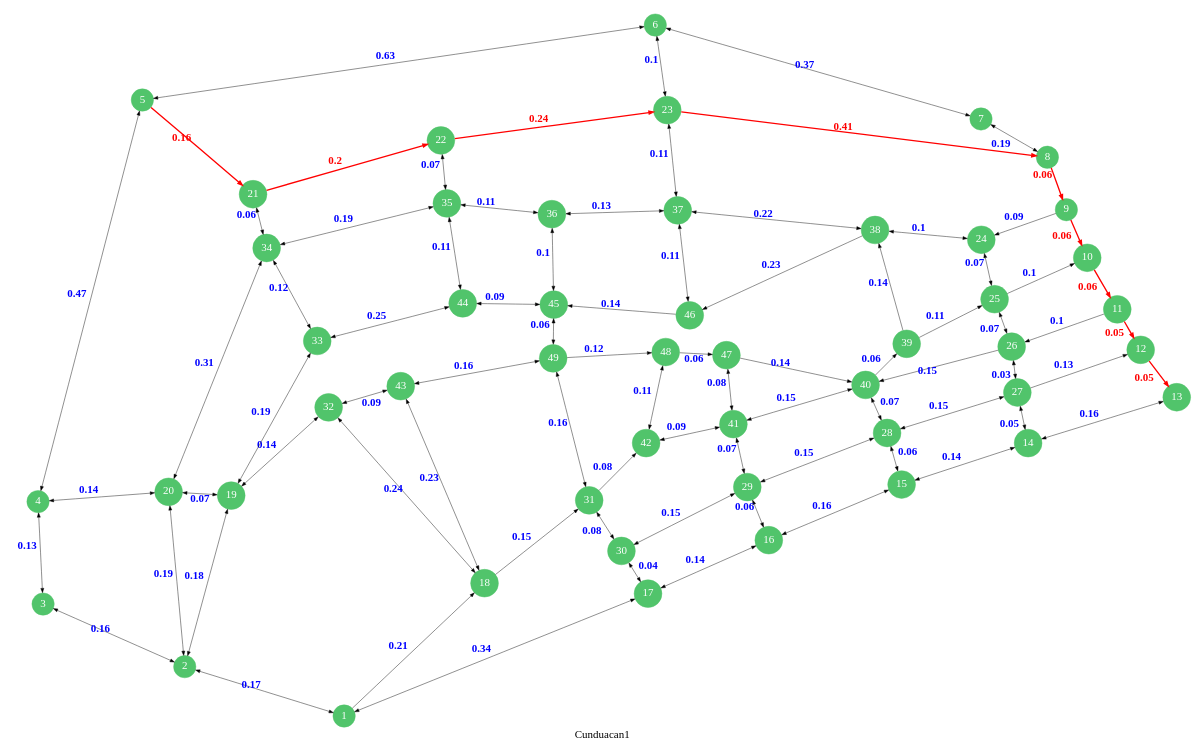
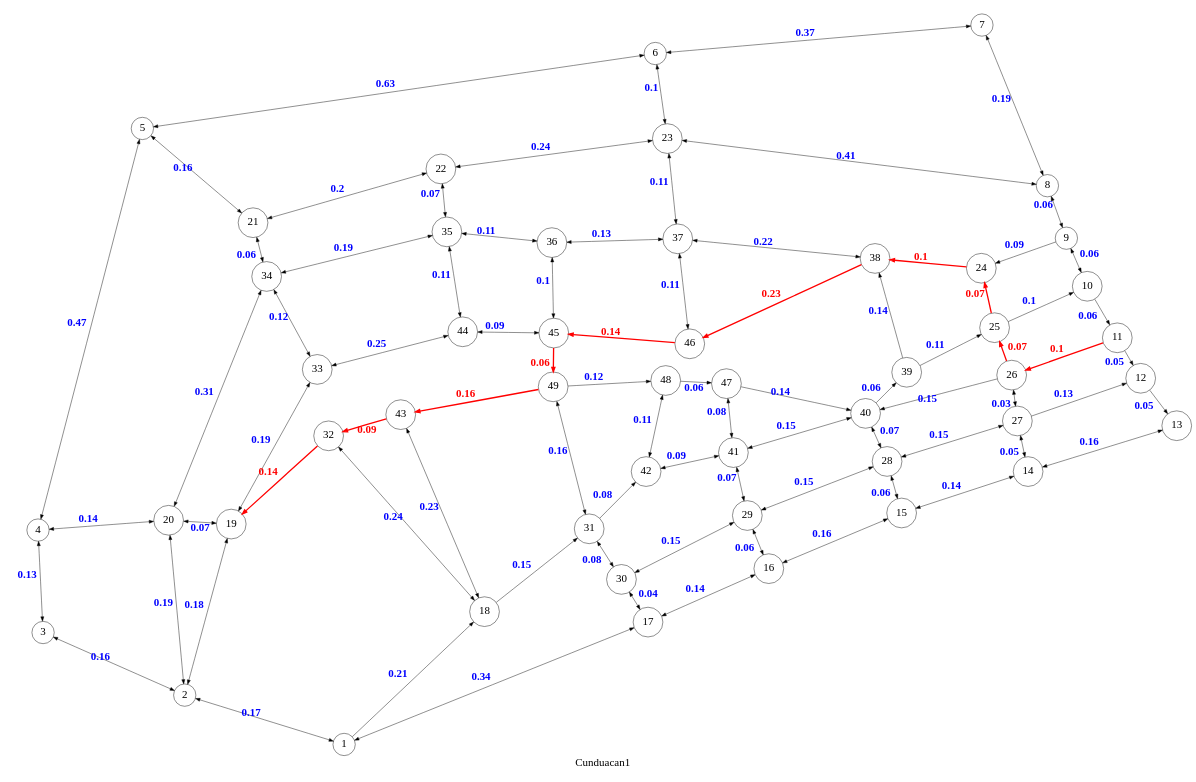
Before and after one commit to jesusmanueldl/mate_discretas_grafos: the diagram in grafo.dot, drawn with Graphviz. The commit also changed 5 other files, not shown here.

```diff
--- a/grafo.dot
+++ b/grafo.dot
@@ -1,138 +1,138 @@
 digraph G
 {
-	node [shape=circle, fontsize=25, style=filled, color="#51c46b", fontcolor="white", fontname="Impact"];
+	node [shape=circle, fontsize=25];
 	layout="neato";
 	size="10,10"
 1 [pos="10.99,-23.18!"]
 2 [pos="5.95,-21.62!"]
 3 [pos="1.47,-19.64!"]
 4 [pos="1.31,-16.40!"]
 5 [pos="4.61,-3.70!"]
 6 [pos="20.83,-1.33!"]
-7 [pos="31.13,-4.30!"]
+7 [pos="31.16,-0.43!"]
 8 [pos="33.23,-5.51!"]
 9 [pos="33.83,-7.17!"]
 10 [pos="34.49,-8.69!"]
 11 [pos="35.44,-10.32!"]
 12 [pos="36.18,-11.60!"]
 13 [pos="37.32,-13.10!"]
 14 [pos="32.62,-14.55!"]
 15 [pos="28.62,-15.86!"]
 16 [pos="24.42,-17.62!"]
 17 [pos="20.60,-19.31!"]
 18 [pos="15.43,-18.98!"]
 19 [pos="7.42,-16.21!"]
 20 [pos="5.44,-16.09!"]
 21 [pos="8.11,-6.68!"]
 22 [pos="14.05,-4.98!"]
 23 [pos="21.21,-4.02!"]
 24 [pos="31.14,-8.12!"]
 25 [pos="31.56,-10.00!"]
 26 [pos="32.10,-11.50!"]
 27 [pos="32.28,-12.95!"]
 28 [pos="28.16,-14.23!"]
 29 [pos="23.74,-15.94!"]
 30 [pos="19.76,-17.96!"]
 31 [pos="18.74,-16.36!"]
 32 [pos="10.50,-13.42!"]
 33 [pos="10.14,-11.32!"]
 34 [pos="8.54,-8.38!"]
 35 [pos="14.24,-6.97!"]
 36 [pos="17.56,-7.31!"]
 37 [pos="21.54,-7.19!"]
 38 [pos="27.78,-7.81!"]
 39 [pos="28.78,-11.41!"]
 40 [pos="27.48,-12.71!"]
 41 [pos="23.30,-13.95!"]
 42 [pos="20.54,-14.55!"]
 43 [pos="12.78,-12.75!"]
 44 [pos="14.74,-10.13!"]
 45 [pos="17.62,-10.17!"]
 46 [pos="21.92,-10.51!"]
 47 [pos="23.08,-11.77!"]
 48 [pos="21.16,-11.67!"]
 49 [pos="17.60,-11.87!"]
 	1 -> 2[fontcolor=blue label=0.17, dir="both", fontsize="25", fontname="times-bold"]
 	1 -> 18[fontcolor=blue label=0.21, fontsize="25", fontname="times-bold"]
 	1 -> 17[fontcolor=blue label=0.34, dir="both", fontsize="25", fontname="times-bold"]
 	2 -> 3[fontcolor=blue label=0.16, dir="both", fontsize="25", fontname="times-bold"]
 	2 -> 20[fontcolor=blue label=0.19, dir="both", fontsize="25", fontname="times-bold"]
 	2 -> 19[fontcolor=blue label=0.18, dir="both", fontsize="25", fontname="times-bold"]
 	3 -> 4[fontcolor=blue label=0.13, dir="both", fontsize="25", fontname="times-bold"]
 	4 -> 20[fontcolor=blue label=0.14, dir="both", fontsize="25", fontname="times-bold"]
 	4 -> 5[fontcolor=blue label=0.47, dir="both", fontsize="25", fontname="times-bold"]
-	5 -> 21[fontcolor=blue label=0.16,fontcolor="red",fontsize="25", color="red", penwidth=3.0, fontname="times-bold"]
+	5 -> 21[fontcolor=blue label=0.16, dir="both", fontsize="25", fontname="times-bold"]
 	5 -> 6[fontcolor=blue label=0.63, dir="both", fontsize="25", fontname="times-bold"]
 	6 -> 23[fontcolor=blue label=0.1, dir="both", fontsize="25", fontname="times-bold"]
 	6 -> 7[fontcolor=blue label=0.37, dir="both", fontsize="25", fontname="times-bold"]
 	7 -> 8[fontcolor=blue label=0.19, dir="both", fontsize="25", fontname="times-bold"]
-	23 -> 8[fontcolor=blue label=0.41,fontcolor="red",fontsize="25", color="red", penwidth=3.0, fontname="times-bold"]
-	8 -> 9[fontcolor=blue label=0.06,fontcolor="red",fontsize="25", color="red", penwidth=3.0, fontname="times-bold"]
-	9 -> 10[fontcolor=blue label=0.06,fontcolor="red",fontsize="25", color="red", penwidth=3.0, fontname="times-bold"]
+	8 -> 23[fontcolor=blue label=0.41, dir="both", fontsize="25", fontname="times-bold"]
+	8 -> 9[fontcolor=blue label=0.06, dir="both", fontsize="25", fontname="times-bold"]
+	9 -> 10[fontcolor=blue label=0.06, dir="both", fontsize="25", fontname="times-bold"]
 	9 -> 24[fontcolor=blue label=0.09, fontsize="25", fontname="times-bold"]
-	10 -> 11[fontcolor=blue label=0.06,fontcolor="red",fontsize="25", color="red", penwidth=3.0, fontname="times-bold"]
-	11 -> 12[fontcolor=blue label=0.05,fontcolor="red",fontsize="25", color="red", penwidth=3.0, fontname="times-bold"]
-	11 -> 26[fontcolor=blue label=0.1, fontsize="25", fontname="times-bold"]
-	12 -> 13[fontcolor=blue label=0.05,fontcolor="red",fontsize="25", color="red", penwidth=3.0, fontname="times-bold"]
+	10 -> 11[fontcolor=blue label=0.06, fontsize="25", fontname="times-bold"]
+	11 -> 12[fontcolor=blue label=0.05, fontsize="25", fontname="times-bold"]
+	11 -> 26[fontcolor=blue label=0.1,fontcolor="red",fontsize="25", color="red", penwidth=3.0, fontname="times-bold"]
+	12 -> 13[fontcolor=blue label=0.05, fontsize="25", fontname="times-bold"]
 	13 -> 14[fontcolor=blue label=0.16, dir="both", fontsize="25", fontname="times-bold"]
 	14 -> 15[fontcolor=blue label=0.14, dir="both", fontsize="25", fontname="times-bold"]
 	14 -> 27[fontcolor=blue label=0.05, dir="both", fontsize="25", fontname="times-bold"]
 	15 -> 16[fontcolor=blue label=0.16, dir="both", fontsize="25", fontname="times-bold"]
 	15 -> 28[fontcolor=blue label=0.06, dir="both", fontsize="25", fontname="times-bold"]
 	16 -> 17[fontcolor=blue label=0.14, dir="both", fontsize="25", fontname="times-bold"]
 	16 -> 29[fontcolor=blue label=0.06, dir="both", fontsize="25", fontname="times-bold"]
 	17 -> 30[fontcolor=blue label=0.04, dir="both", fontsize="25", fontname="times-bold"]
 	18 -> 31[fontcolor=blue label=0.15, fontsize="25", fontname="times-bold"]
 	18 -> 32[fontcolor=blue label=0.24, dir="both", fontsize="25", fontname="times-bold"]
 	18 -> 43[fontcolor=blue label=0.23, dir="both", fontsize="25", fontname="times-bold"]
 	19 -> 20[fontcolor=blue label=0.07, dir="both", fontsize="25", fontname="times-bold"]
 	19 -> 33[fontcolor=blue label=0.19, dir="both", fontsize="25", fontname="times-bold"]
-	19 -> 32[fontcolor=blue label=0.14, dir="both", fontsize="25", fontname="times-bold"]
+	32 -> 19[fontcolor=blue label=0.14,fontcolor="red",fontsize="25", color="red", penwidth=3.0, fontname="times-bold"]
 	20 -> 34[fontcolor=blue label=0.31, dir="both", fontsize="25", fontname="times-bold"]
 	21 -> 34[fontcolor=blue label=0.06, dir="both", fontsize="25", fontname="times-bold"]
-	21 -> 22[fontcolor=blue label=0.2,fontcolor="red",fontsize="25", color="red", penwidth=3.0, fontname="times-bold"]
+	21 -> 22[fontcolor=blue label=0.2, dir="both", fontsize="25", fontname="times-bold"]
 	22 -> 35[fontcolor=blue label=0.07, dir="both", fontsize="25", fontname="times-bold"]
-	22 -> 23[fontcolor=blue label=0.24,fontcolor="red",fontsize="25", color="red", penwidth=3.0, fontname="times-bold"]
+	22 -> 23[fontcolor=blue label=0.24, dir="both", fontsize="25", fontname="times-bold"]
 	23 -> 37[fontcolor=blue label=0.11, dir="both", fontsize="25", fontname="times-bold"]
-	24 -> 38[fontcolor=blue label=0.1, dir="both", fontsize="25", fontname="times-bold"]
-	24 -> 25[fontcolor=blue label=0.07, dir="both", fontsize="25", fontname="times-bold"]
+	24 -> 38[fontcolor=blue label=0.1,fontcolor="red",fontsize="25", color="red", penwidth=3.0, fontname="times-bold"]
+	25 -> 24[fontcolor=blue label=0.07,fontcolor="red",fontsize="25", color="red", penwidth=3.0, fontname="times-bold"]
 	25 -> 10[fontcolor=blue label=0.1, fontsize="25", fontname="times-bold"]
-	25 -> 26[fontcolor=blue label=0.07, dir="both", fontsize="25", fontname="times-bold"]
+	26 -> 25[fontcolor=blue label=0.07,fontcolor="red",fontsize="25", color="red", penwidth=3.0, fontname="times-bold"]
 	26 -> 40[fontcolor=blue label=0.15, fontsize="25", fontname="times-bold"]
 	26 -> 27[fontcolor=blue label=0.03, dir="both", fontsize="25", fontname="times-bold"]
 	27 -> 12[fontcolor=blue label=0.13, fontsize="25", fontname="times-bold"]
 	27 -> 28[fontcolor=blue label=0.15, dir="both", fontsize="25", fontname="times-bold"]
 	28 -> 40[fontcolor=blue label=0.07, dir="both", fontsize="25", fontname="times-bold"]
 	28 -> 29[fontcolor=blue label=0.15, dir="both", fontsize="25", fontname="times-bold"]
 	29 -> 30[fontcolor=blue label=0.15, dir="both", fontsize="25", fontname="times-bold"]
 	29 -> 41[fontcolor=blue label=0.07, dir="both", fontsize="25", fontname="times-bold"]
 	30 -> 31[fontcolor=blue label=0.08, dir="both", fontsize="25", fontname="times-bold"]
 	31 -> 42[fontcolor=blue label=0.08, fontsize="25", fontname="times-bold"]
 	31 -> 49[fontcolor=blue label=0.16, dir="both", fontsize="25", fontname="times-bold"]
-	32 -> 43[fontcolor=blue label=0.09, dir="both", fontsize="25", fontname="times-bold"]
+	43 -> 32[fontcolor=blue label=0.09,fontcolor="red",fontsize="25", color="red", penwidth=3.0, fontname="times-bold"]
 	33 -> 34[fontcolor=blue label=0.12, dir="both", fontsize="25", fontname="times-bold"]
 	33 -> 44[fontcolor=blue label=0.25, dir="both", fontsize="25", fontname="times-bold"]
 	34 -> 35[fontcolor=blue label=0.19, dir="both", fontsize="25", fontname="times-bold"]
 	35 -> 44[fontcolor=blue label=0.11, dir="both", fontsize="25", fontname="times-bold"]
 	35 -> 36[fontcolor=blue label=0.11, dir="both", fontsize="25", fontname="times-bold"]
 	36 -> 45[fontcolor=blue label=0.1, dir="both", fontsize="25", fontname="times-bold"]
 	36 -> 37[fontcolor=blue label=0.13, dir="both", fontsize="25", fontname="times-bold"]
 	37 -> 46[fontcolor=blue label=0.11, dir="both", fontsize="25", fontname="times-bold"]
 	37 -> 38[fontcolor=blue label=0.22, dir="both", fontsize="25", fontname="times-bold"]
-	38 -> 46[fontcolor=blue label=0.23, fontsize="25", fontname="times-bold"]
+	38 -> 46[fontcolor=blue label=0.23,fontcolor="red",fontsize="25", color="red", penwidth=3.0, fontname="times-bold"]
 	39 -> 38[fontcolor=blue label=0.14, fontsize="25", fontname="times-bold"]
 	39 -> 25[fontcolor=blue label=0.11, fontsize="25", fontname="times-bold"]
 	40 -> 39[fontcolor=blue label=0.06, fontsize="25", fontname="times-bold"]
 	40 -> 41[fontcolor=blue label=0.15, dir="both", fontsize="25", fontname="times-bold"]
 	41 -> 47[fontcolor=blue label=0.08, dir="both", fontsize="25", fontname="times-bold"]
 	41 -> 42[fontcolor=blue label=0.09, dir="both", fontsize="25", fontname="times-bold"]
 	42 -> 48[fontcolor=blue label=0.11, dir="both", fontsize="25", fontname="times-bold"]
-	43 -> 49[fontcolor=blue label=0.16, dir="both", fontsize="25", fontname="times-bold"]
+	49 -> 43[fontcolor=blue label=0.16,fontcolor="red",fontsize="25", color="red", penwidth=3.0, fontname="times-bold"]
 	44 -> 45[fontcolor=blue label=0.09, dir="both", fontsize="25", fontname="times-bold"]
-	45 -> 49[fontcolor=blue label=0.06, dir="both", fontsize="25", fontname="times-bold"]
-	46 -> 45[fontcolor=blue label=0.14, fontsize="25", fontname="times-bold"]
+	45 -> 49[fontcolor=blue label=0.06,fontcolor="red",fontsize="25", color="red", penwidth=3.0, fontname="times-bold"]
+	46 -> 45[fontcolor=blue label=0.14,fontcolor="red",fontsize="25", color="red", penwidth=3.0, fontname="times-bold"]
 	47 -> 40[fontcolor=blue label=0.14, fontsize="25", fontname="times-bold"]
 	48 -> 47[fontcolor=blue label=0.06, fontsize="25", fontname="times-bold"]
 	49 -> 48[fontcolor=blue label=0.12, fontsize="25", fontname="times-bold"]
 	label="Cunduacan1" fontsize=25
 }
```
